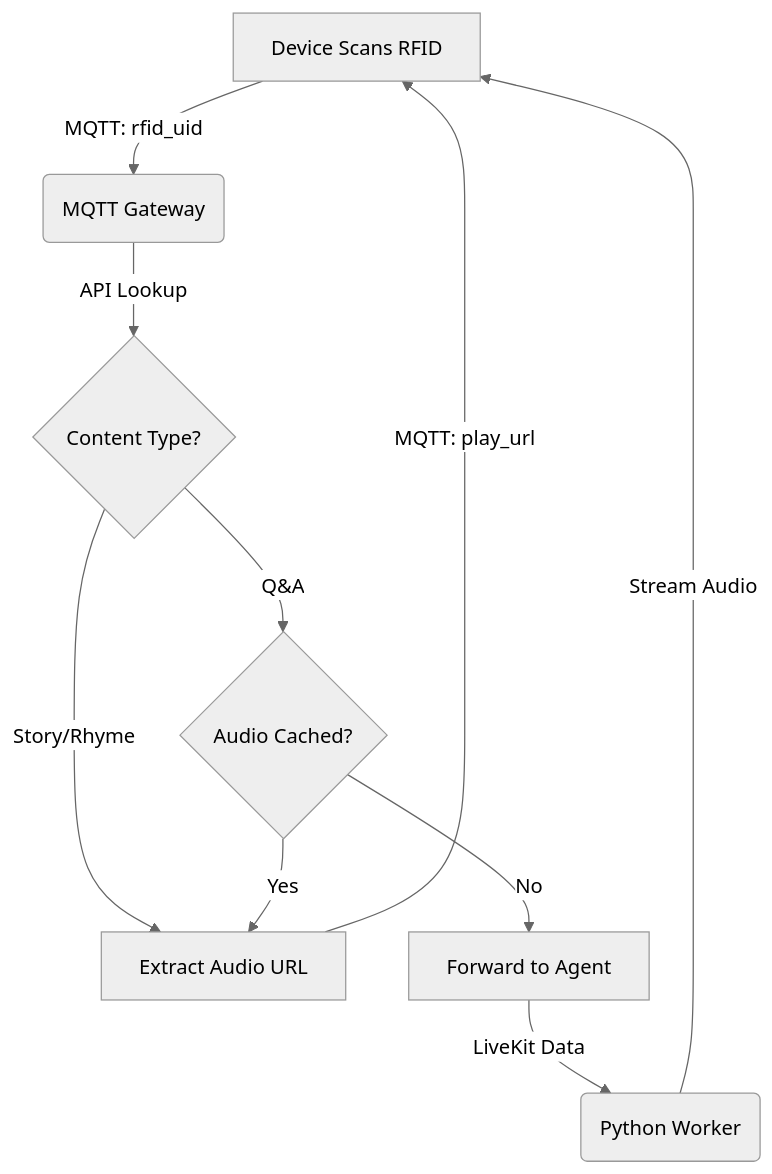
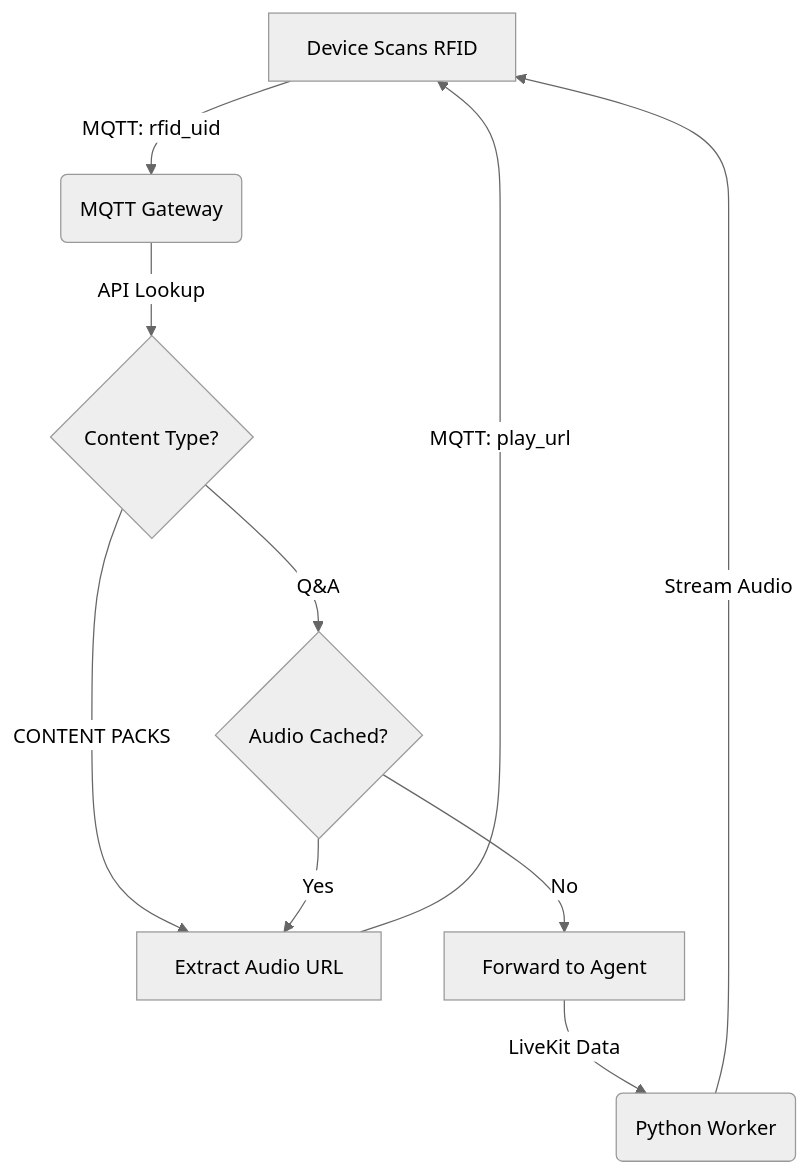
The diagram in docs/rfid_smart_routing_prd.md (Craftech360-projects/cheeko-backend), drawn with Mermaid (neutral theme) before and after one commit. The commit also changed 14 other files, not shown here.

````diff
--- a/docs/rfid_smart_routing_prd.md
+++ b/docs/rfid_smart_routing_prd.md
@@ -47,16 +47,16 @@
 ```mermaid
 graph TD
     A[Device Scans RFID] -->|MQTT: rfid_uid| B(MQTT Gateway)
     B -->|API Lookup| C{Content Type?}
     
-    C -->|Story/Rhyme| D[Extract Audio URL]
+    C -->|CONTENT PACKS| D[Extract Audio URL]
     C -->|Q&A| E{Audio Cached?}
     
     D -->|MQTT: play_url| A
     
     E -->|Yes| D
     E -->|No| F[Forward to Agent]
     
     F -->|LiveKit Data| G(Python Worker)
     G -->|Stream Audio| A
 ```
````
